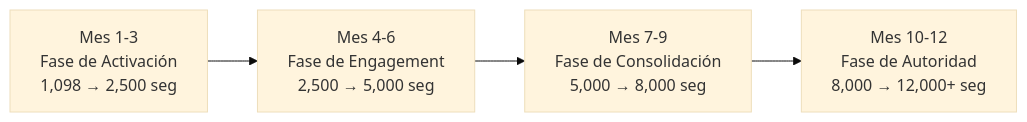
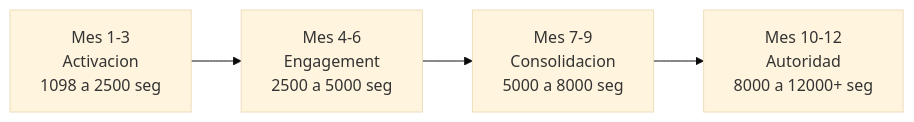
The diagram in README.md (jesymca/elpatio.of), drawn with Mermaid (base theme) before and after one commit.

Commit message:
Informe de Análisis — Instagram @elpatio.of

````diff
--- a/README.md
+++ b/README.md
@@ -193,6 +193,14 @@
 ```mermaid
 graph LR
-    A["Mes 1-3<br/>Fase de Activación<br/>1,098 → 2,500 seg"] --> B["Mes 4-6<br/>Fase de Engagement<br/>2,500 → 5,000 seg"]
-    B --> C["Mes 7-9<br/>Fase de Consolidación<br/>5,000 → 8,000 seg"]
-    C --> D["Mes 10-12<br/>Fase de Autoridad<br/>8,000 → 12,000+ seg"]
+    A["Mes 1-3
+    Activacion
+    1098 a 2500 seg"] --> B["Mes 4-6
+    Engagement
+    2500 a 5000 seg"]
+    B --> C["Mes 7-9
+    Consolidacion
+    5000 a 8000 seg"]
+    C --> D["Mes 10-12
+    Autoridad
+    8000 a 12000+ seg"]
 ```
````
